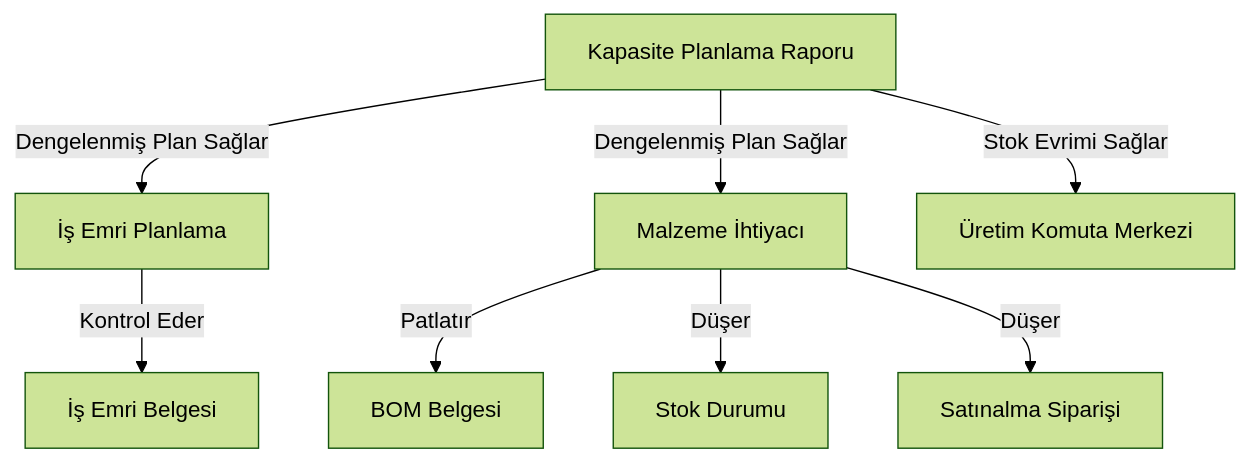
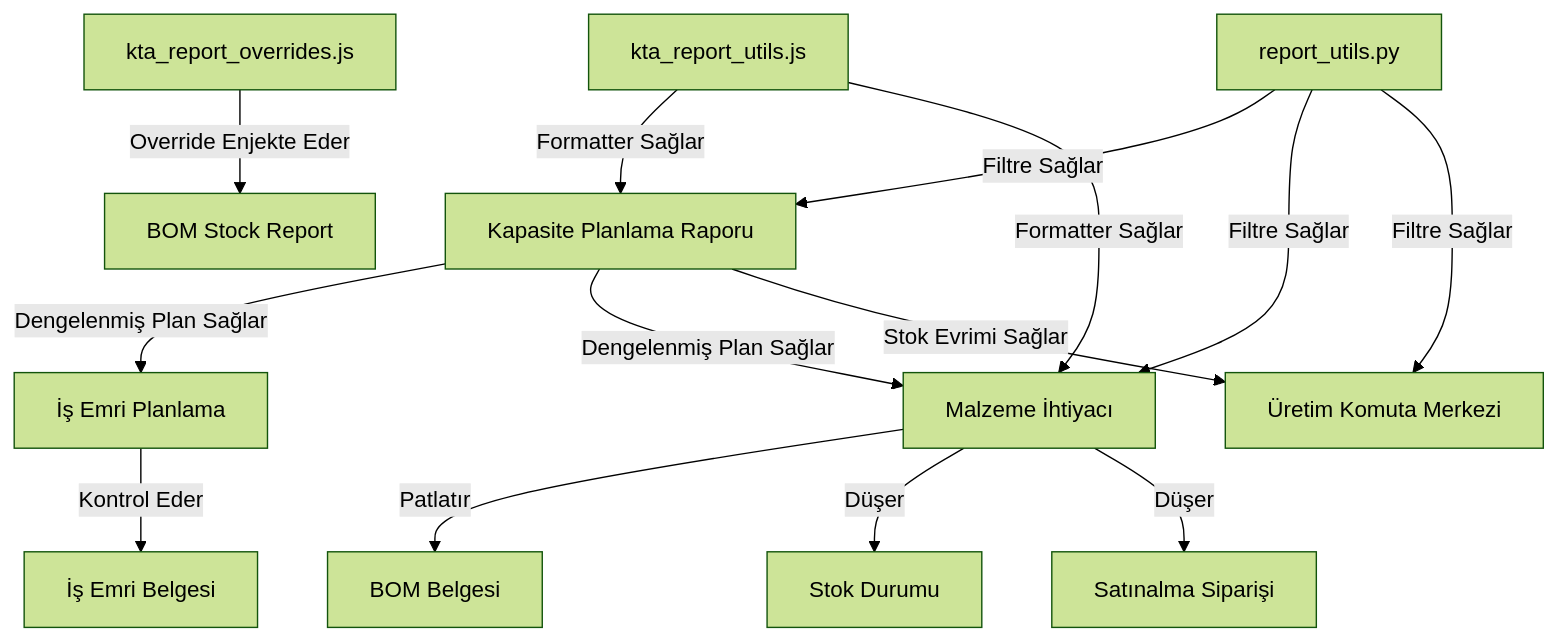
One commit to KTA-Endustri-Sistemleri/erpnextkta changed the diagram in erpnextkta/kta_mrp/memory-bank/systemPatterns.md. Above: the diagram before and after it, drawn with Mermaid (forest theme). The commit also changed other lines of this file and 5 other files, not shown here.

````diff
--- a/erpnextkta/kta_mrp/memory-bank/systemPatterns.md
+++ b/erpnextkta/kta_mrp/memory-bank/systemPatterns.md
@@ -19,10 +21,16 @@
 ```mermaid
 graph TD
     CP[Kapasite Planlama Raporu] --> |Dengelenmiş Plan Sağlar| WO[İş Emri Planlama]
     CP --> |Dengelenmiş Plan Sağlar| MR[Malzeme İhtiyacı]
     CP --> |Stok Evrimi Sağlar| PCC[Üretim Komuta Merkezi]
     WO --> |Kontrol Eder| WOD[İş Emri Belgesi]
     MR --> |Patlatır| BOM[BOM Belgesi]
     MR --> |Düşer| Bin[Stok Durumu]
     MR --> |Düşer| PO[Satınalma Siparişi]
+    RU[report_utils.py] --> |Filtre Sağlar| CP
+    RU --> |Filtre Sağlar| MR
+    RU --> |Filtre Sağlar| PCC
+    JS[kta_report_utils.js] --> |Formatter Sağlar| CP
+    JS --> |Formatter Sağlar| MR
+    OV[kta_report_overrides.js] --> |Override Enjekte Eder| BOM_SR[BOM Stock Report]
 ```
````
